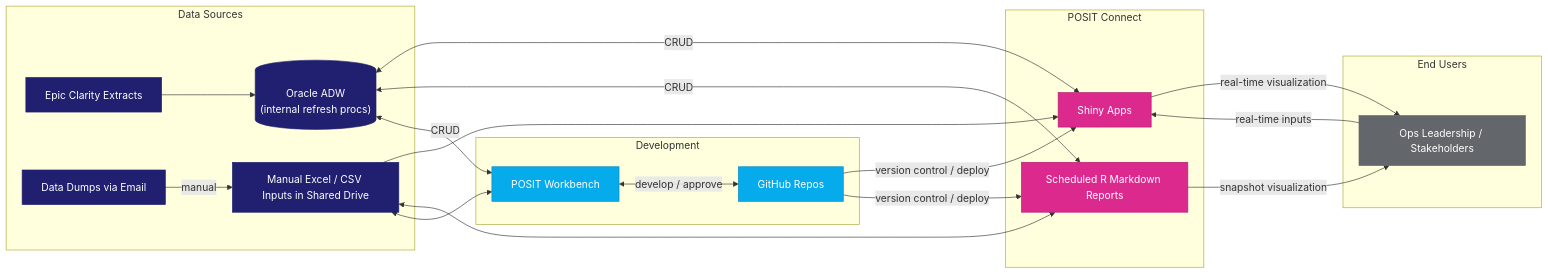
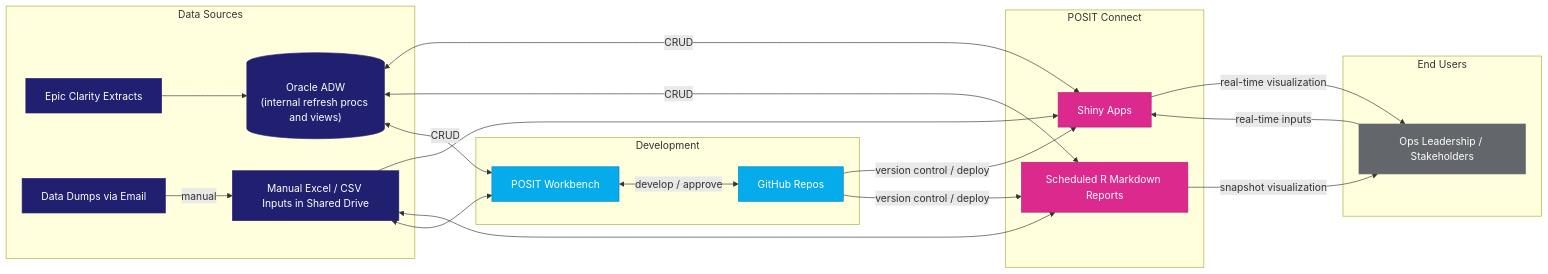
The diagram in Databricks/README.md (MSHS-OAO/Databricks-Tableau-User-Guide), drawn with Mermaid before and after one commit. The commit also changed other lines of this file, not shown here.

First line of the commit message:
Clarify Oracle ADW and add CRUD notes in README

````diff
--- a/Databricks/README.md
+++ b/Databricks/README.md
@@ -2,44 +2,44 @@
 ```mermaid
 flowchart LR
     subgraph Sources["Data Sources"]
         EPIC[Epic Clarity Extracts]
-        ORA[("Oracle ADW<br>(internal refresh procs)")]
+        ORA[("Oracle ADW<br>(internal refresh procs and views)")]
         EMAIL[Data Dumps via Email]
         XLS[Manual Excel / CSV Inputs in Shared Drive]
     end
     subgraph DevOps["Development"]
         RS[POSIT Workbench]
         GH[GitHub Repos]
     end
     subgraph Deploy["POSIT Connect"]
         SHINY[Shiny Apps]
         RPT[Scheduled R Markdown Reports]
     end
     subgraph Users["End Users"]
         USR[Ops Leadership / Stakeholders]
     end
 
     EPIC --> ORA
     EMAIL -->|manual| XLS
     ORA <-->|CRUD| SHINY
     ORA <-->|CRUD| RPT
     ORA <-->|CRUD| RS
     XLS --> SHINY
     XLS <--> RPT
     XLS <--> RS
     RS <-->|develop / approve| GH
     GH -->|version control / deploy| SHINY
     GH -->|version control / deploy| RPT
     SHINY -->|real-time visualization| USR
     RPT -->|snapshot visualization| USR
     USR -->|real-time inputs| SHINY
 
     classDef navy fill:#212070,stroke:#212070,color:#ffffff
     classDef cyan fill:#06ABEB,stroke:#0689BC,color:#ffffff
     classDef magenta fill:#DC298D,stroke:#B02171,color:#ffffff
     classDef gray fill:#63666A,stroke:#63666A,color:#ffffff
     class EPIC,ORA,EMAIL,XLS navy
     class RS,GH cyan
     class SHINY,RPT magenta
     class USR gray
 ```
````
